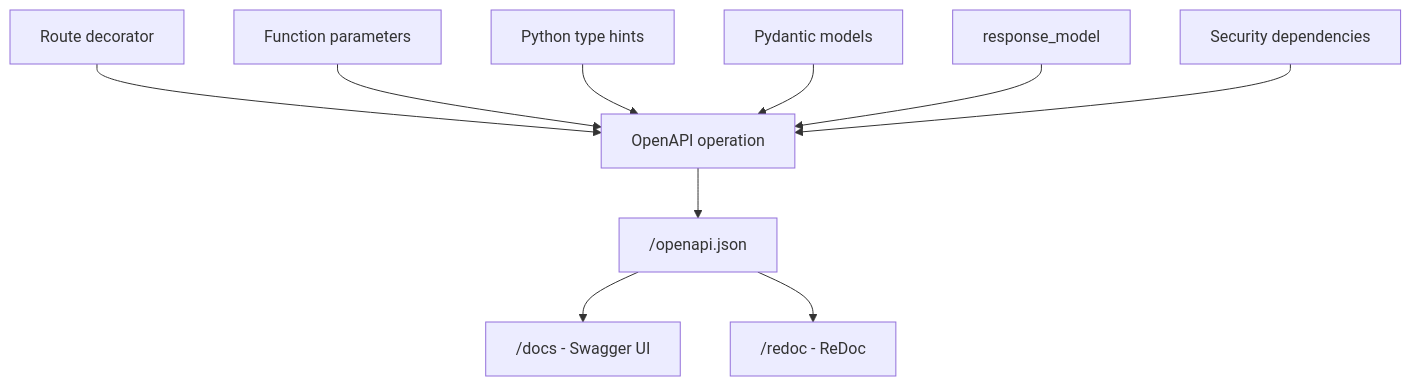
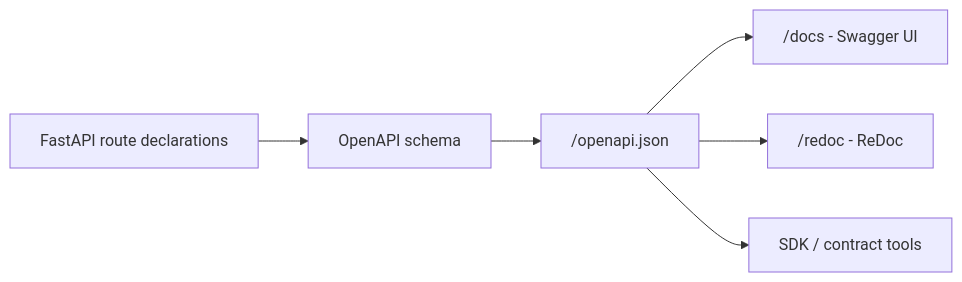
The first of 7 diagrams in src/content/fastapi/openapi-swagger-docs.md (AvadhBhalodiya/Interview-Preparation), drawn with Mermaid before and after one commit. The commit also changed other lines of this file and 80 other files, not shown here.

````diff
--- a/src/content/fastapi/openapi-swagger-docs.md
+++ b/src/content/fastapi/openapi-swagger-docs.md
@@ -21,12 +24,8 @@
 ```mermaid
-flowchart TD
-    A[Route decorator] --> G[OpenAPI operation]
-    B[Function parameters] --> G
-    C[Python type hints] --> G
-    D[Pydantic models] --> G
-    E[response_model] --> G
-    F[Security dependencies] --> G
-    G --> H["/openapi.json"]
-    H --> I["/docs - Swagger UI"]
-    H --> J["/redoc - ReDoc"]
+flowchart LR
+    A[FastAPI route declarations] --> B[OpenAPI schema]
+    B --> C["/openapi.json"]
+    C --> D["/docs - Swagger UI"]
+    C --> E["/redoc - ReDoc"]
+    C --> F[SDK / contract tools]
 ```
````
